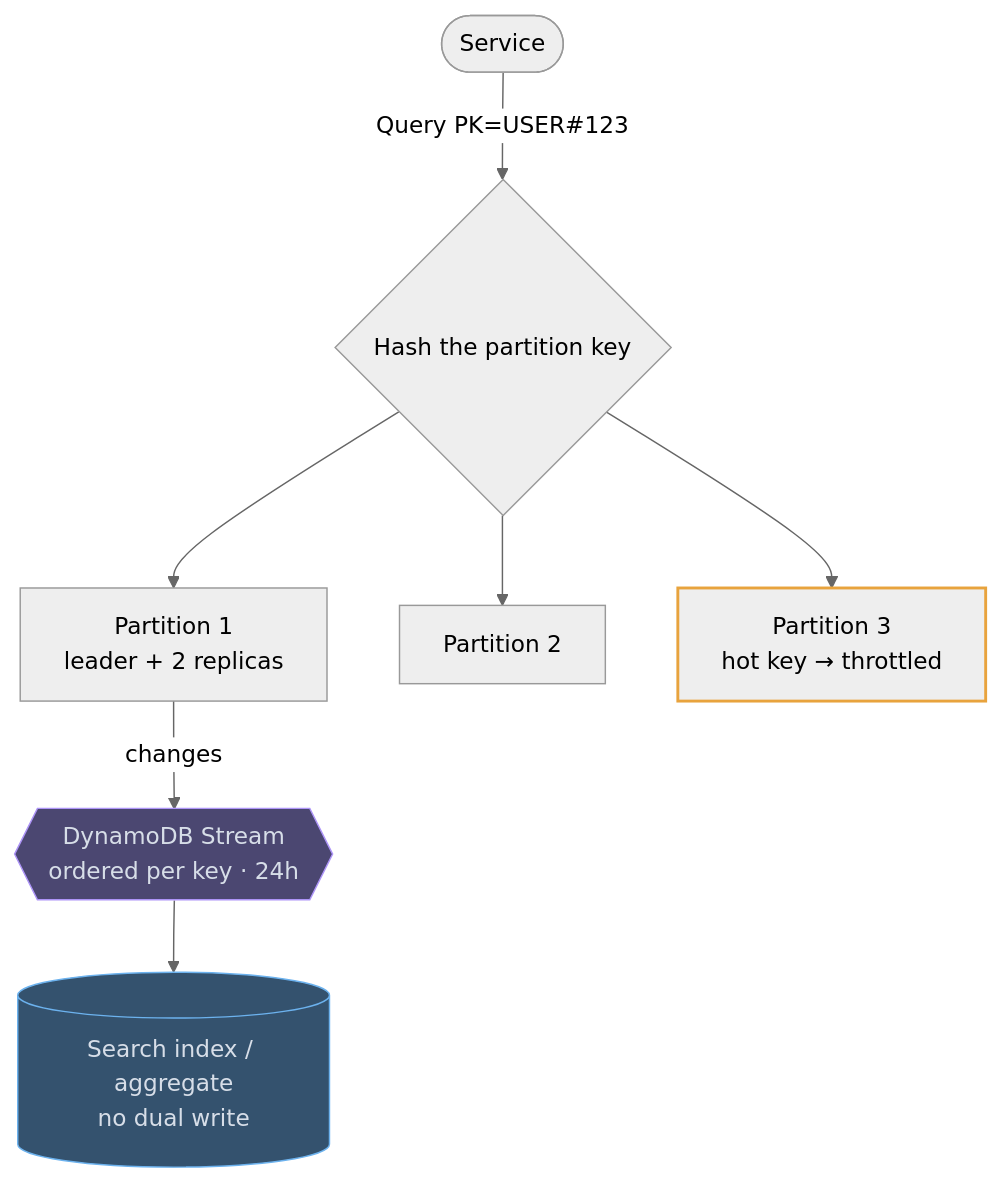
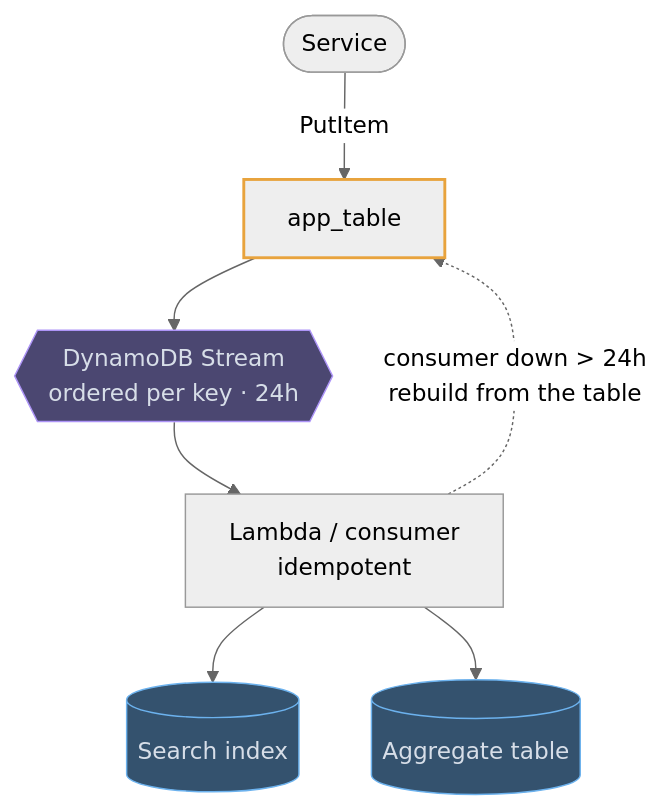
One commit to mertkahyaoglu/atlas changed the second of 3 diagrams in content/tech/05-dynamodb.md. Above: the diagram before and after it, drawn with Mermaid (neutral theme). The commit also changed other lines of this file and 18 other files, not shown here.

First line of the commit message:
Rebuild the technology pages as use cases with diagrams

````diff
--- a/content/tech/05-dynamodb.md
+++ b/content/tech/05-dynamodb.md
@@ -85,16 +86,16 @@
 ```mermaid
 flowchart TB
-    App([Service]) -- "Query PK=USER#123" --> Router{"Hash the partition key"}
-    Router --> P1["Partition 1<br/>leader + 2 replicas"]
-    Router --> P2["Partition 2"]
-    Router --> P3["Partition 3<br/>hot key → throttled"]
-    P1 -- "changes" --> Stream{{"DynamoDB Stream<br/>ordered per key · 24h"}}
-    Stream --> Index[("Search index / aggregate<br/>no dual write")]
+    App([Service]) -- "PutItem" --> T["app_table"]
+    T --> S{{"DynamoDB Stream<br/>ordered per key · 24h"}}
+    S --> L["Lambda / consumer<br/>idempotent"]
+    L --> ES[("Search index")]
+    L --> Agg[("Aggregate table")]
+    L -. "consumer down > 24h<br/>rebuild from the table" .-> T
 
     classDef db fill:#34526e,stroke:#6cb2ee,color:#d7dee8
     classDef queue fill:#4b4771,stroke:#ad94f7,color:#d7dee8
     classDef hot stroke:#e8a33d,stroke-width:2px
-    class Index db
-    class Stream queue
-    class P3 hot
+    class ES,Agg db
+    class S queue
+    class T hot
 ```
````
